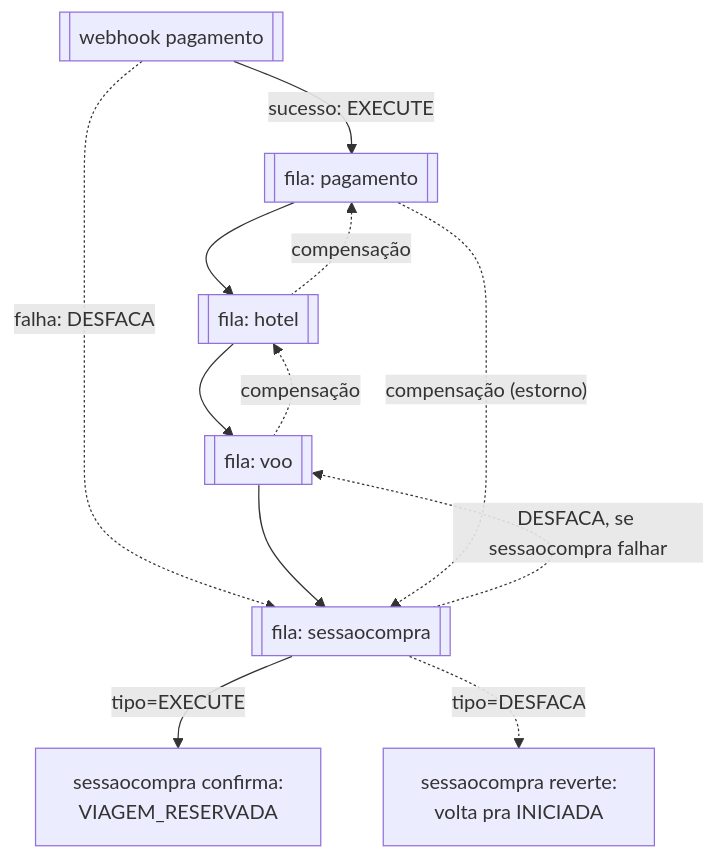
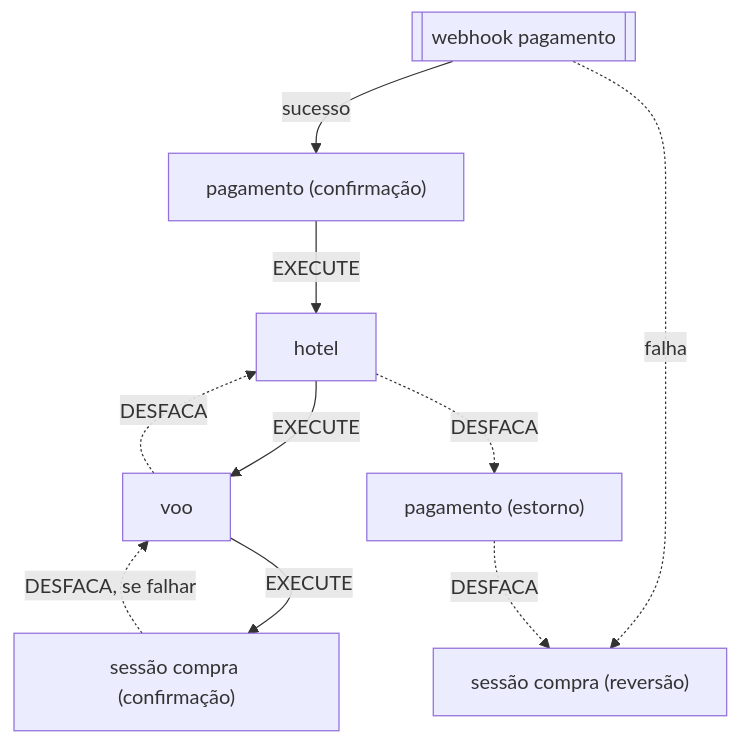
Before and after one commit to EdyKnopfler/estudo-arquitetura-monorepo: the second of 2 diagrams in README.md, drawn with Mermaid. The commit also changed other lines of this file, not shown here.

Commit message:
Melhorando diagramas

````diff
--- a/README.md
+++ b/README.md
@@ -37,20 +37,15 @@
 ```mermaid
 flowchart TD
   WH[["webhook pagamento"]]
-  WH -->|"sucesso: EXECUTE"| Qpag
-  WH -.->|"falha: DESFACA"| Qsc
+  WH -->|sucesso| PAGC["pagamento (confirmação)"]
+  WH -.->|falha| SCR["sessão compra (reversão)"]
 
-  Qpag[["fila: pagamento"]] --> Qhotel
-  Qhotel[["fila: hotel"]] --> Qvoo
-  Qvoo[["fila: voo"]] --> Qsc
+  PAGC -->|EXECUTE| HOT[hotel]
+  HOT -->|EXECUTE| VOO[voo]
+  VOO -->|EXECUTE| SCC["sessão compra (confirmação)"]
 
-  Qsc[["fila: sessaocompra"]]
-
-  Qsc -.->|"DESFACA, se sessaocompra falhar"| Qvoo
-  Qvoo -.->|compensação| Qhotel
-  Qhotel -.->|compensação| Qpag
-  Qpag -.->|"compensação (estorno)"| Qsc
-
-  Qsc -->|"tipo=EXECUTE"| CONF["sessaocompra confirma:<br/>VIAGEM_RESERVADA"]
-  Qsc -.->|"tipo=DESFACA"| REV["sessaocompra reverte:<br/>volta pra INICIADA"]
+  SCC -.->|"DESFACA, se falhar"| VOO
+  VOO -.->|DESFACA| HOT
+  HOT -.->|DESFACA| PAGE["pagamento (estorno)"]
+  PAGE -.->|DESFACA| SCR
 ```
````
